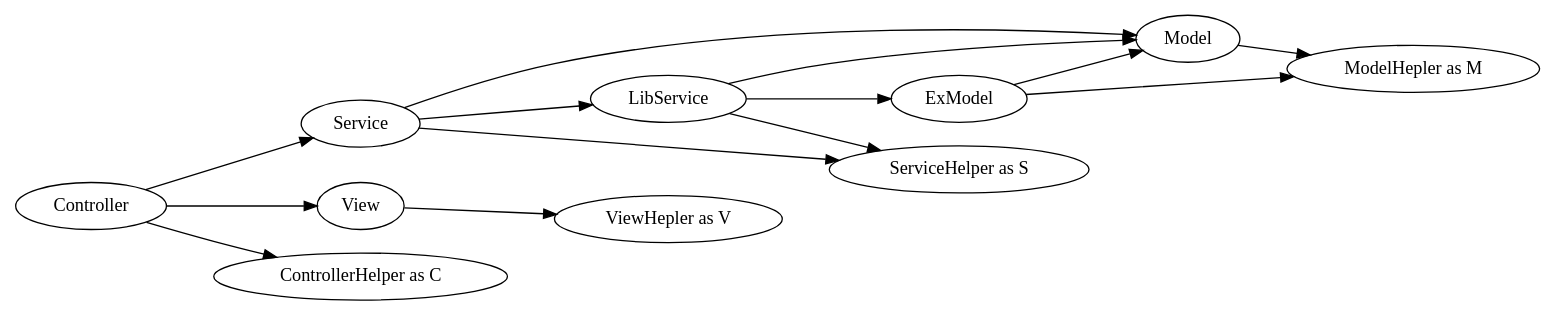
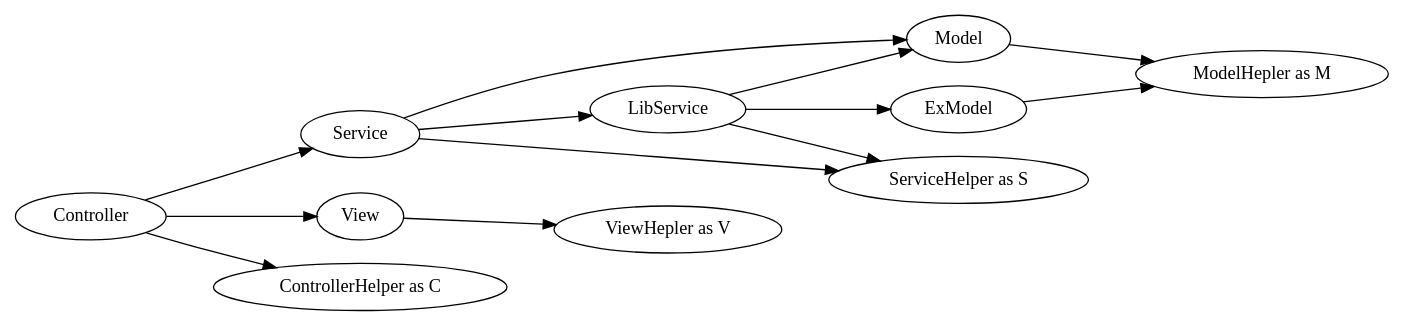
The diagram in doc/arch_full.gv (dvaknheo/duckphp), drawn with Graphviz before and after one commit. The commit also changed 4 other files, not shown here.

Commit message:
调整结构图

```diff
--- a/doc/arch_full.gv
+++ b/doc/arch_full.gv
@@ -1,26 +1,25 @@
 digraph G{
 /* This is a graphviz file */
 graph [rankdir = "LR"];
 
     Controller -> Service -> Model;
     
     Service -> LibService;
     LibService->ExModel;
-    ExModel -> Model;
     LibService->Model;
     Controller -> View;
 
     Controller ->ControllerHelper;
 
     Service ->ServiceHelper;
     LibService ->ServiceHelper;
 
     Model ->ModelHepler;
     ExModel ->ModelHepler;
     View -> ViewHepler;
     ControllerHelper [label="ControllerHelper as C"];
     ServiceHelper [label="ServiceHelper as S"];
     ModelHepler [label="ModelHepler as M"];
     ViewHepler [label="ViewHepler as V"];
 
 }
```
